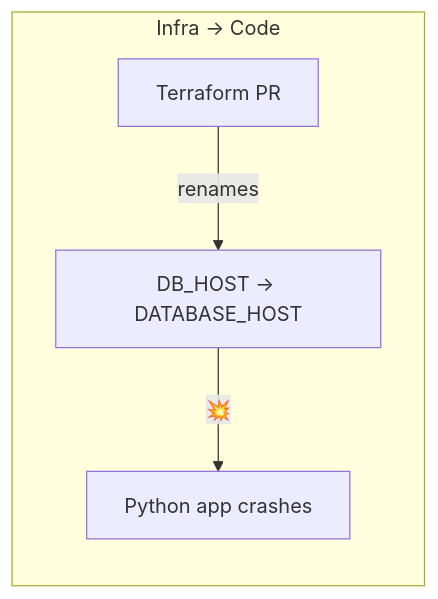
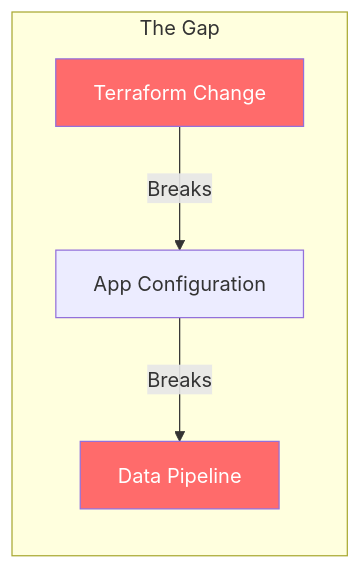
The diagram in README.md (bordumb/jnkn), drawn with Mermaid before and after one commit. The commit also changed other lines of this file and 6 other files, not shown here.

`````diff
--- a/README.md
+++ b/README.md
@@ -57,7 +23,10 @@
 ```mermaid
 graph LR
-    subgraph "Infra → Code"
-        TF1[Terraform PR] -->|renames| ENV1[DB_HOST → DATABASE_HOST]
-        ENV1 -->|"💥"| APP1[Python app crashes]
+    subgraph "The Gap"
+        TF[Terraform Change] --"Breaks"--> CODE[App Configuration]
+        CODE --"Breaks"--> DATA[Data Pipeline]
     end
-```
+    
+    style TF fill:#ff6b6b,color:#fff
+    style DATA fill:#ff6b6b,color:#fff
+````
`````
